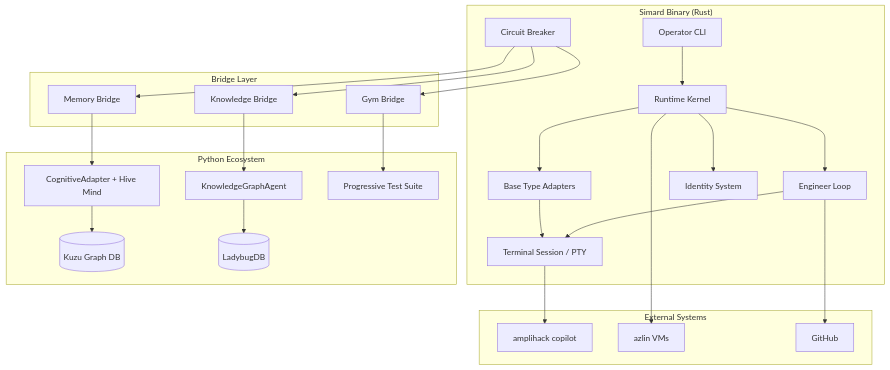
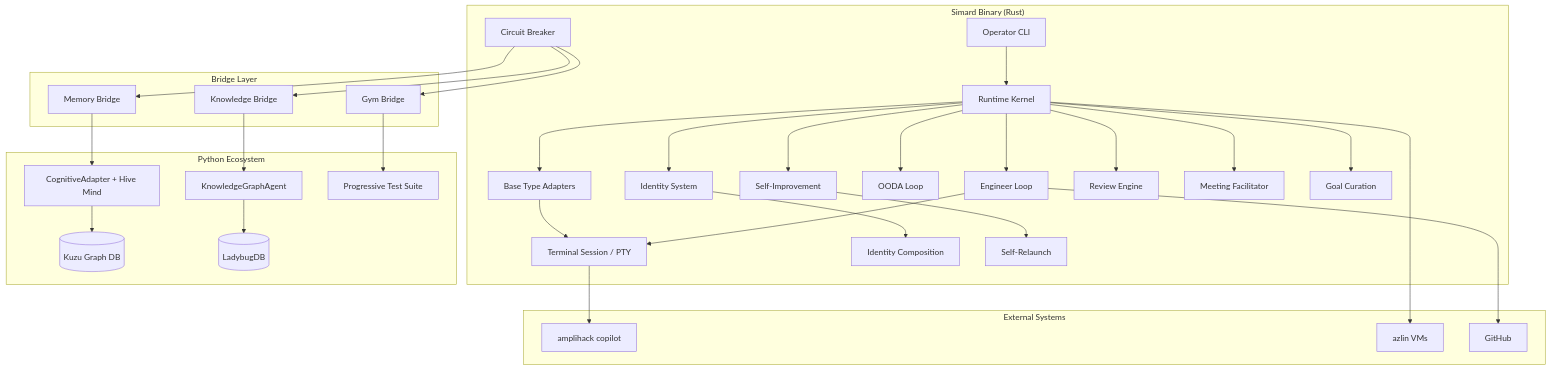
The diagram in docs/architecture/overview.md (rysweet/Simard), drawn with Mermaid before and after one commit. The commit also changed other lines of this file and 29 other files, not shown here.

First line of the commit message:
feat: Re-architect agent base types as full agent runtimes per spec

````diff
--- a/docs/architecture/overview.md
+++ b/docs/architecture/overview.md
@@ -15,52 +15,66 @@
 ```mermaid
 graph TB
     subgraph "Simard Binary (Rust)"
         CLI[Operator CLI]
         RT[Runtime Kernel]
         EL[Engineer Loop]
         TS[Terminal Session / PTY]
         BT[Base Type Adapters]
         ID[Identity System]
+        IC[Identity Composition]
         CB[Circuit Breaker]
+        OODA[OODA Loop]
+        SI[Self-Improvement]
+        SR[Self-Relaunch]
+        REV[Review Engine]
+        MF[Meeting Facilitator]
+        GC[Goal Curation]
 
         CLI --> RT
         RT --> EL
         RT --> BT
+        RT --> OODA
         EL --> TS
         BT --> TS
         RT --> ID
+        ID --> IC
+        RT --> SI
+        SI --> SR
+        RT --> REV
+        RT --> MF
+        RT --> GC
     end
 
     subgraph "Bridge Layer"
         MB[Memory Bridge]
         KB[Knowledge Bridge]
         GB[Gym Bridge]
         CB --> MB
         CB --> KB
         CB --> GB
     end
 
     subgraph "Python Ecosystem"
         CMA[CognitiveAdapter + Hive Mind]
         KGA[KnowledgeGraphAgent]
         EVA[Progressive Test Suite]
         KUZU[(Kuzu Graph DB)]
         LDB[(LadybugDB)]
 
         MB --> CMA
         KB --> KGA
         GB --> EVA
         CMA --> KUZU
         KGA --> LDB
     end
 
     subgraph "External Systems"
         AMP[amplihack copilot]
         AZLIN[azlin VMs]
         GH[GitHub]
     end
 
     TS --> AMP
     RT --> AZLIN
     EL --> GH
 ```
````
